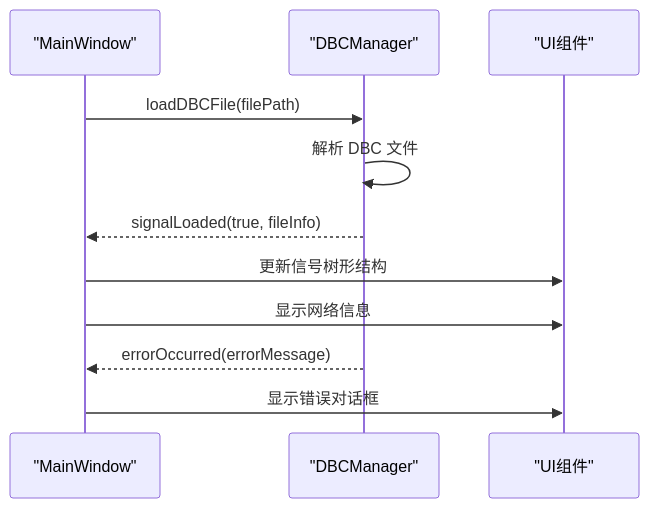
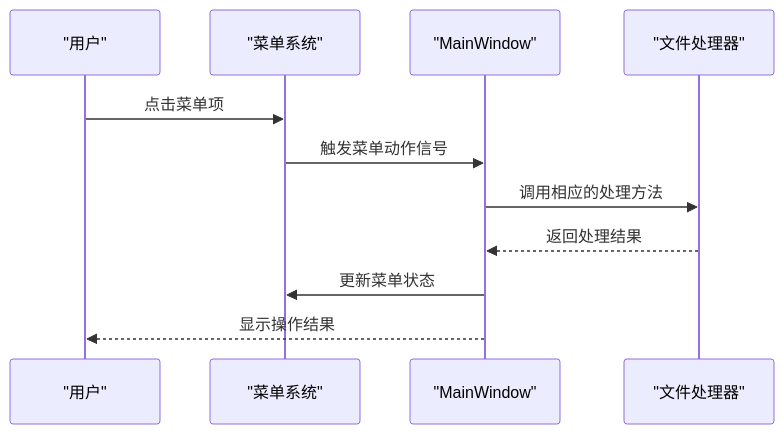
The fourth of 7 diagrams in .qoder/repowiki/zh/content/核心模块详解/主窗口组件.md (jakecai1225-design/OpenBus), drawn with Mermaid before and after one commit. The commit also changed other lines of this file and 18 other files, not shown here.

````diff
--- a/.qoder/repowiki/zh/content/核心模块详解/主窗口组件.md
+++ b/.qoder/repowiki/zh/content/核心模块详解/主窗口组件.md
@@ -307,13 +343,13 @@
 ```mermaid
 sequenceDiagram
+participant User as "用户"
+participant Menu as "菜单系统"
 participant MW as "MainWindow"
-participant DBM as "DBCManager"
-participant UI as "UI组件"
-MW->>DBM : loadDBCFile(filePath)
-DBM->>DBM : 解析 DBC 文件
-DBM-->>MW : signalLoaded(true, fileInfo)
-MW->>UI : 更新信号树形结构
-MW->>UI : 显示网络信息
-DBM-->>MW : errorOccurred(errorMessage)
-MW->>UI : 显示错误对话框
+participant FileHandler as "文件处理器"
+User->>Menu : 点击菜单项
+Menu->>MW : 触发菜单动作信号
+MW->>FileHandler : 调用相应的处理方法
+FileHandler-->>MW : 返回处理结果
+MW->>Menu : 更新菜单状态
+MW-->>User : 显示操作结果
 ```
````
